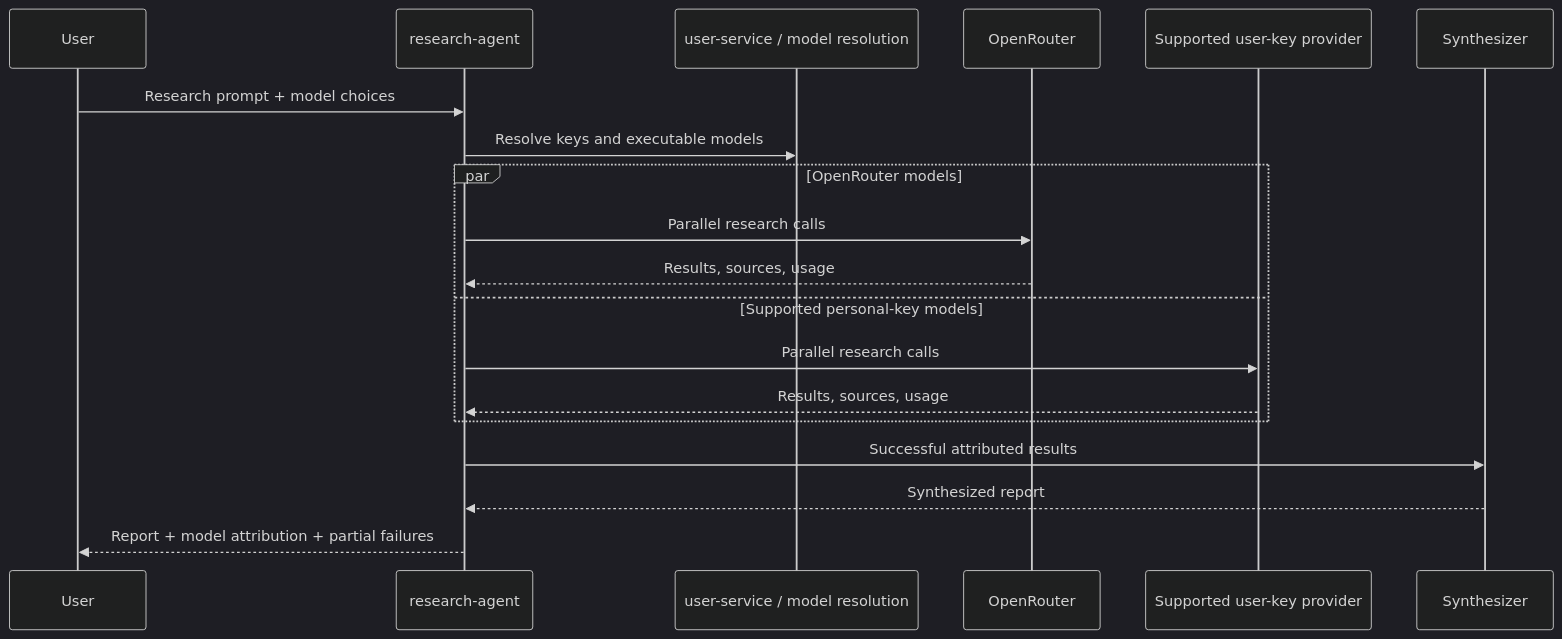
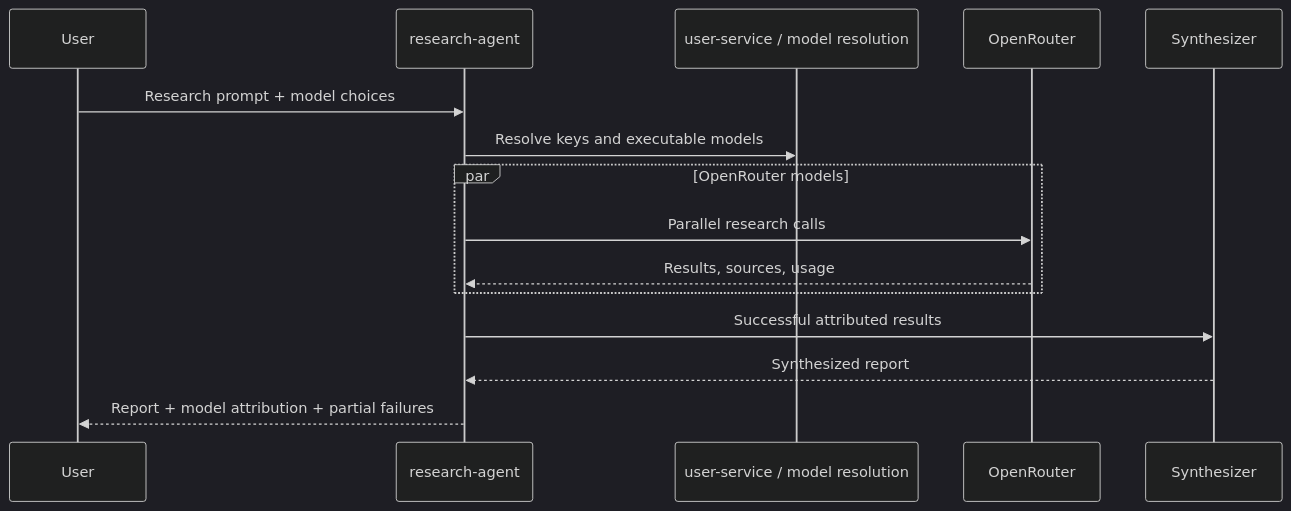
Before and after one commit to pbuchman/intexuraos: the second of 2 diagrams in docs/architecture/ai-architecture.md, drawn with Mermaid (dark theme). The commit also changed other lines of this file and 212 other files, not shown here.

````diff
--- a/docs/architecture/ai-architecture.md
+++ b/docs/architecture/ai-architecture.md
@@ -94,22 +82,18 @@
 ```mermaid
 sequenceDiagram
     participant User
     participant Research as research-agent
     participant Resolve as user-service / model resolution
     participant OR as OpenRouter
-    participant Direct as Supported user-key provider
     participant Synth as Synthesizer
 
     User->>Research: Research prompt + model choices
     Research->>Resolve: Resolve keys and executable models
     par OpenRouter models
         Research->>OR: Parallel research calls
         OR-->>Research: Results, sources, usage
-    and Supported personal-key models
-        Research->>Direct: Parallel research calls
-        Direct-->>Research: Results, sources, usage
     end
     Research->>Synth: Successful attributed results
     Synth-->>Research: Synthesized report
     Research-->>User: Report + model attribution + partial failures
 ```
````
